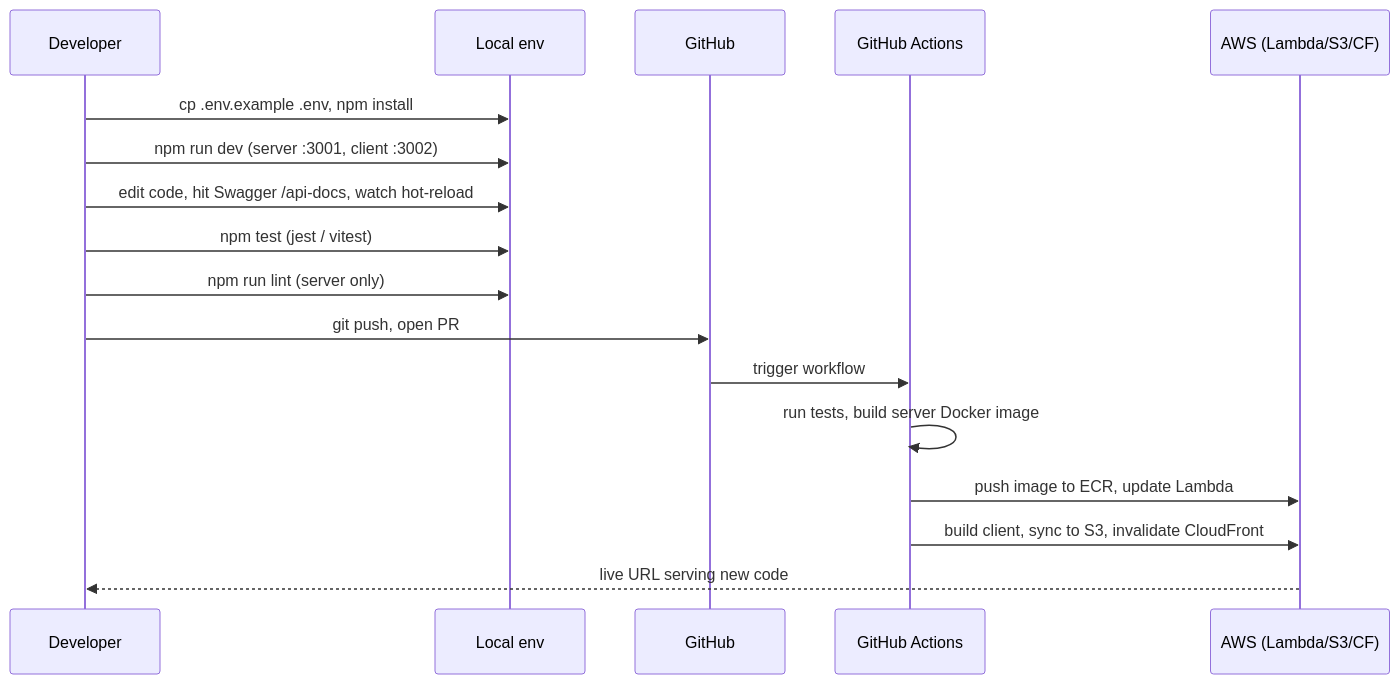
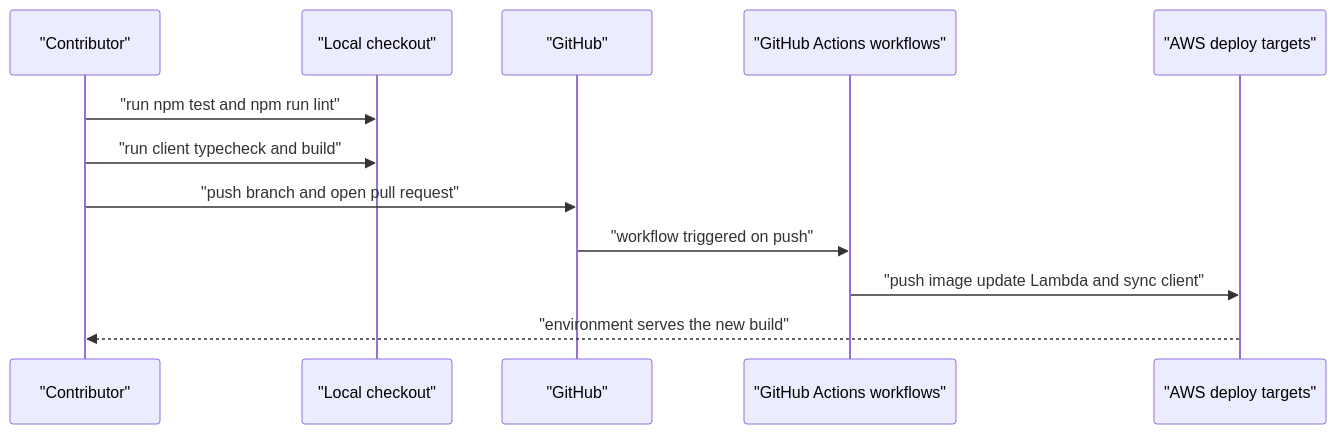
One commit to Jeffrey-Keyser/project-wiki changed the diagram in content/repos/Jeffrey-Keyser-analytics-pulse/Iteration-Loop.md. Above: the diagram before and after it, drawn with Mermaid. The commit also changed other lines of this file and 150 other files, not shown here.

````diff
--- a/content/repos/Jeffrey-Keyser-analytics-pulse/Iteration-Loop.md
+++ b/content/repos/Jeffrey-Keyser-analytics-pulse/Iteration-Loop.md
@@ -12,20 +33,14 @@
 ```mermaid
 sequenceDiagram
-  participant Dev as Developer
-  participant Local as Local env
-  participant GH as GitHub
-  participant CI as GitHub Actions
-  participant AWS as AWS (Lambda/S3/CF)
-
-  Dev->>Local: cp .env.example .env, npm install
-  Dev->>Local: npm run dev (server :3001, client :3002)
-  Dev->>Local: edit code, hit Swagger /api-docs, watch hot-reload
-  Dev->>Local: npm test (jest / vitest)
-  Dev->>Local: npm run lint (server only)
-  Dev->>GH: git push, open PR
-  GH->>CI: trigger workflow
-  CI->>CI: run tests, build server Docker image
-  CI->>AWS: push image to ECR, update Lambda
-  CI->>AWS: build client, sync to S3, invalidate CloudFront
-  AWS-->>Dev: live URL serving new code
+  participant Dev as "Contributor"
+  participant Local as "Local checkout"
+  participant GH as "GitHub"
+  participant CI as "GitHub Actions workflows"
+  participant AWS as "AWS deploy targets"
+  Dev->>Local: "run npm test and npm run lint"
+  Dev->>Local: "run client typecheck and build"
+  Dev->>GH: "push branch and open pull request"
+  GH->>CI: "workflow triggered on push"
+  CI->>AWS: "push image update Lambda and sync client"
+  AWS-->>Dev: "environment serves the new build"
 ```
````
